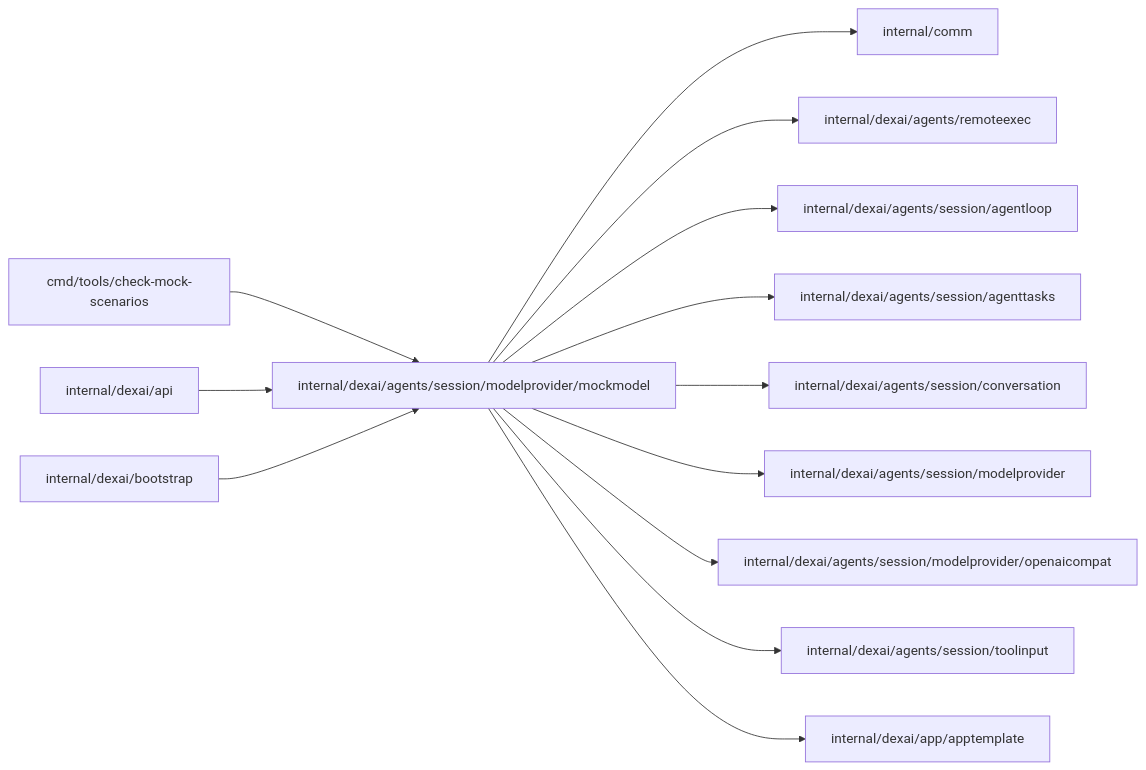
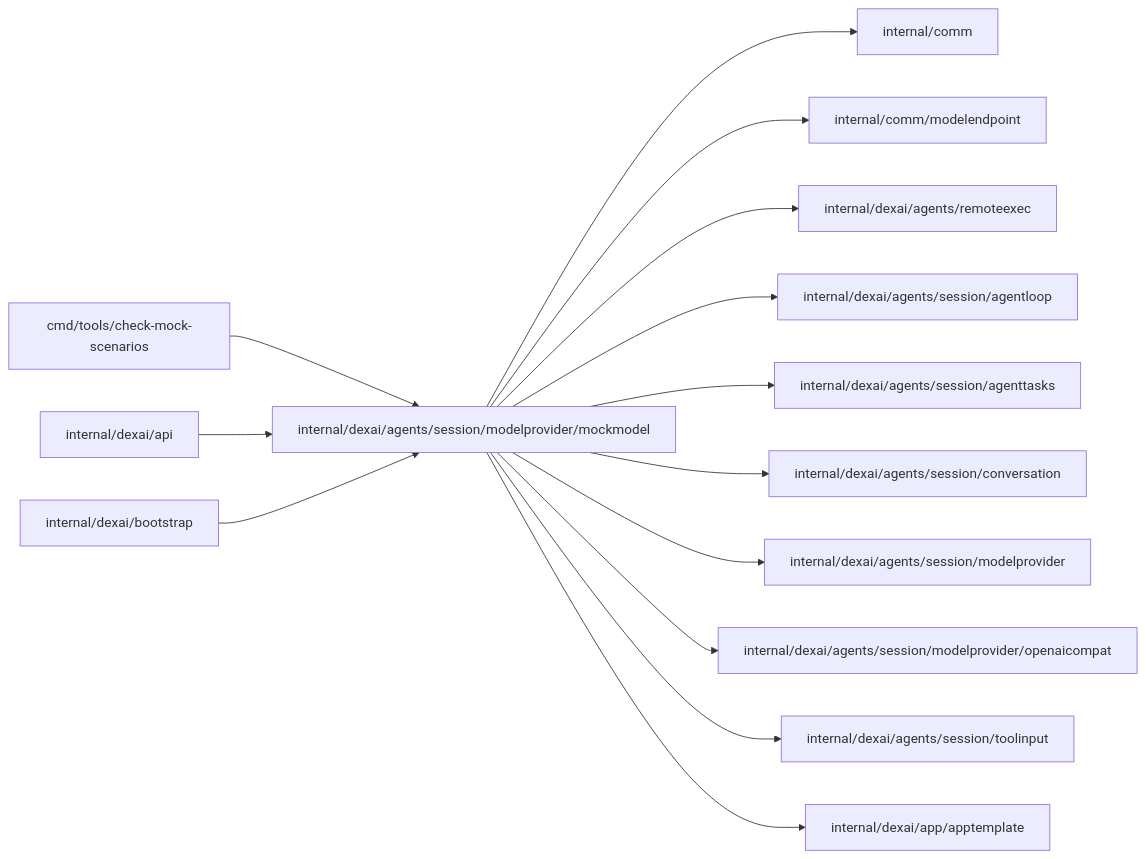
The diagram in internal/dexai/agents/session/modelprovider/mockmodel/README.md (superdurable/superverse), drawn with Mermaid before and after one commit. The commit also changed other lines of this file and 97 other files, not shown here.

````diff
--- a/internal/dexai/agents/session/modelprovider/mockmodel/README.md
+++ b/internal/dexai/agents/session/modelprovider/mockmodel/README.md
@@ -10,16 +10,17 @@
 ```mermaid
 flowchart LR
   self["internal/dexai/agents/session/modelprovider/mockmodel"]
   c0["cmd/tools/check-mock-scenarios"] --> self
   c1["internal/dexai/api"] --> self
   c2["internal/dexai/bootstrap"] --> self
   self --> d0["internal/comm"]
-  self --> d1["internal/dexai/agents/remoteexec"]
-  self --> d2["internal/dexai/agents/session/agentloop"]
-  self --> d3["internal/dexai/agents/session/agenttasks"]
-  self --> d4["internal/dexai/agents/session/conversation"]
-  self --> d5["internal/dexai/agents/session/modelprovider"]
-  self --> d6["internal/dexai/agents/session/modelprovider/openaicompat"]
-  self --> d7["internal/dexai/agents/session/toolinput"]
-  self --> d8["internal/dexai/app/apptemplate"]
+  self --> d1["internal/comm/modelendpoint"]
+  self --> d2["internal/dexai/agents/remoteexec"]
+  self --> d3["internal/dexai/agents/session/agentloop"]
+  self --> d4["internal/dexai/agents/session/agenttasks"]
+  self --> d5["internal/dexai/agents/session/conversation"]
+  self --> d6["internal/dexai/agents/session/modelprovider"]
+  self --> d7["internal/dexai/agents/session/modelprovider/openaicompat"]
+  self --> d8["internal/dexai/agents/session/toolinput"]
+  self --> d9["internal/dexai/app/apptemplate"]
 ```
````
